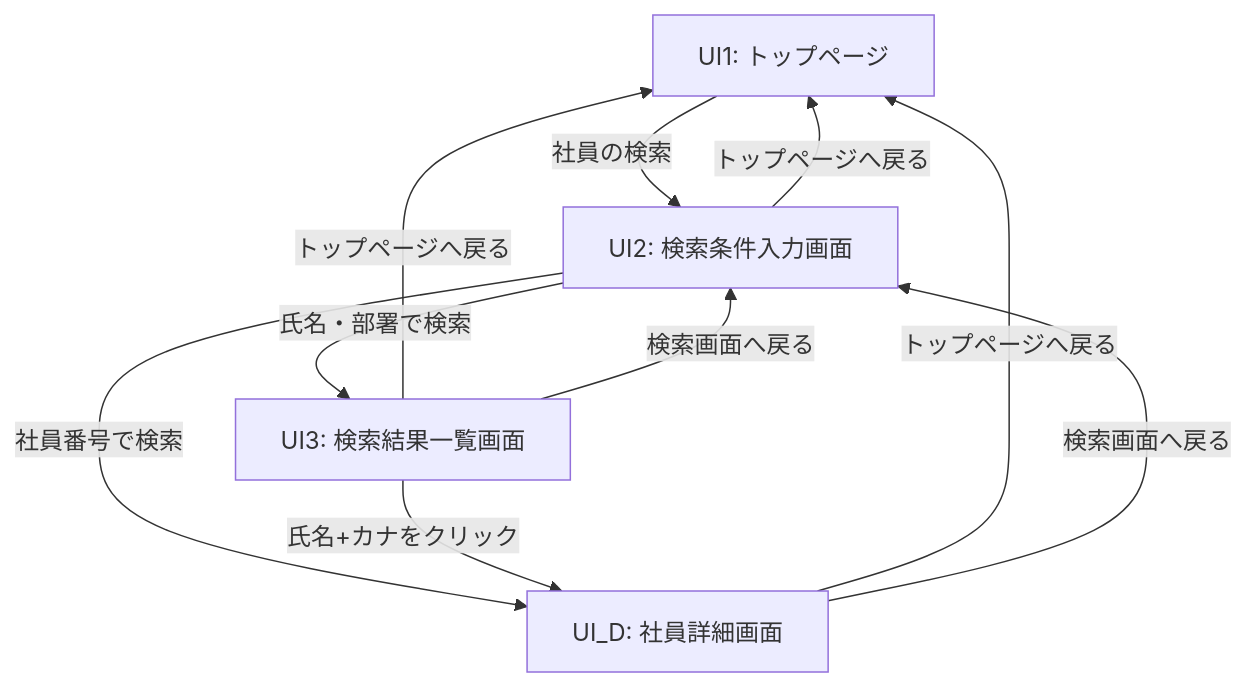
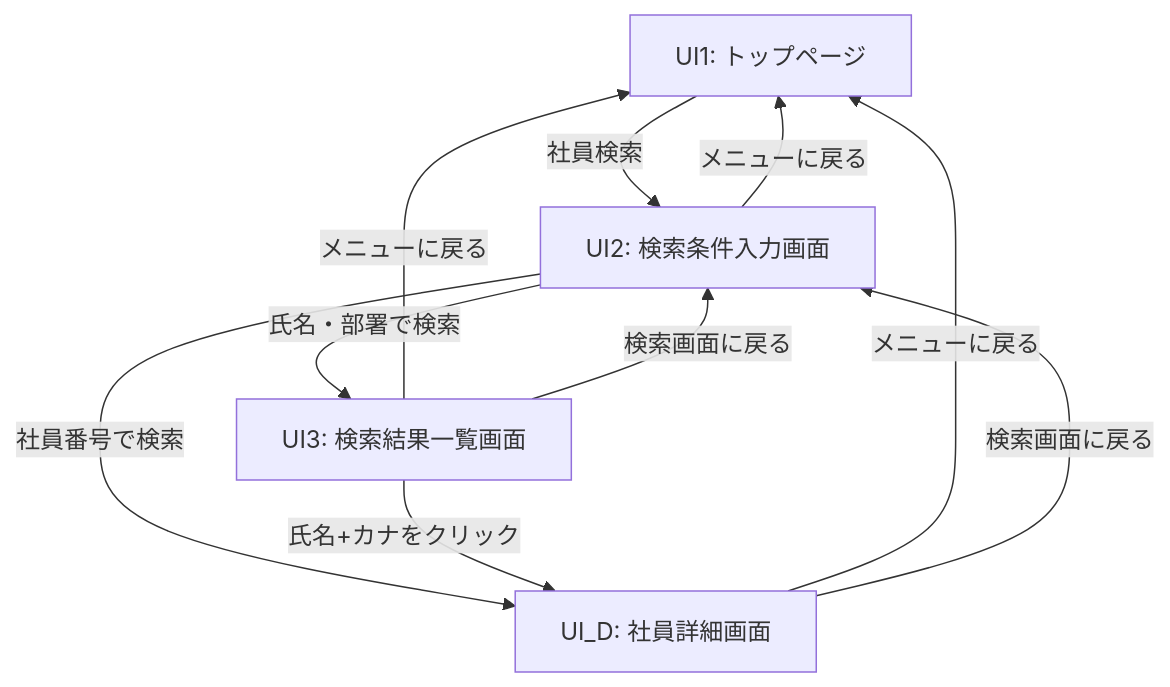
The fourth of 25 diagrams in EIMS_Comprehensive_Exercise_Guide.md (juyeongjung1/NewEIMS), drawn with Mermaid before and after one commit. The commit also changed other lines of this file and 1 other file, not shown here.

````diff
--- a/EIMS_Comprehensive_Exercise_Guide.md
+++ b/EIMS_Comprehensive_Exercise_Guide.md
@@ -686,15 +747,15 @@
 ```mermaid
 flowchart TD
-    UI1[UI1: トップページ] -->|"社員の検索"| UI2[UI2: 検索条件入力画面]
-    
+    UI1[UI1: トップページ] -->|"社員検索"| UI2[UI2: 検索条件入力画面]
+  
     UI2 -- "社員番号で検索" --> UI_D[UI_D: 社員詳細画面]
     UI2 -- "氏名・部署で検索" --> UI3[UI3: 検索結果一覧画面]
-    
+  
     UI3 -- "氏名+カナをクリック" --> UI_D
-    
-    UI2 -->|"トップページへ戻る"| UI1
-    UI3 -->|"トップページへ戻る"| UI1
-    UI3 -->|"検索画面へ戻る"| UI2
-    UI_D -->|"トップページへ戻る"| UI1
-    UI_D -->|"検索画面へ戻る"| UI2
+  
+    UI2 -->|"メニューに戻る"| UI1
+    UI3 -->|"メニューに戻る"| UI1
+    UI3 -->|"検索画面に戻る"| UI2
+    UI_D -->|"メニューに戻る"| UI1
+    UI_D -->|"検索画面に戻る"| UI2
 ```
````
